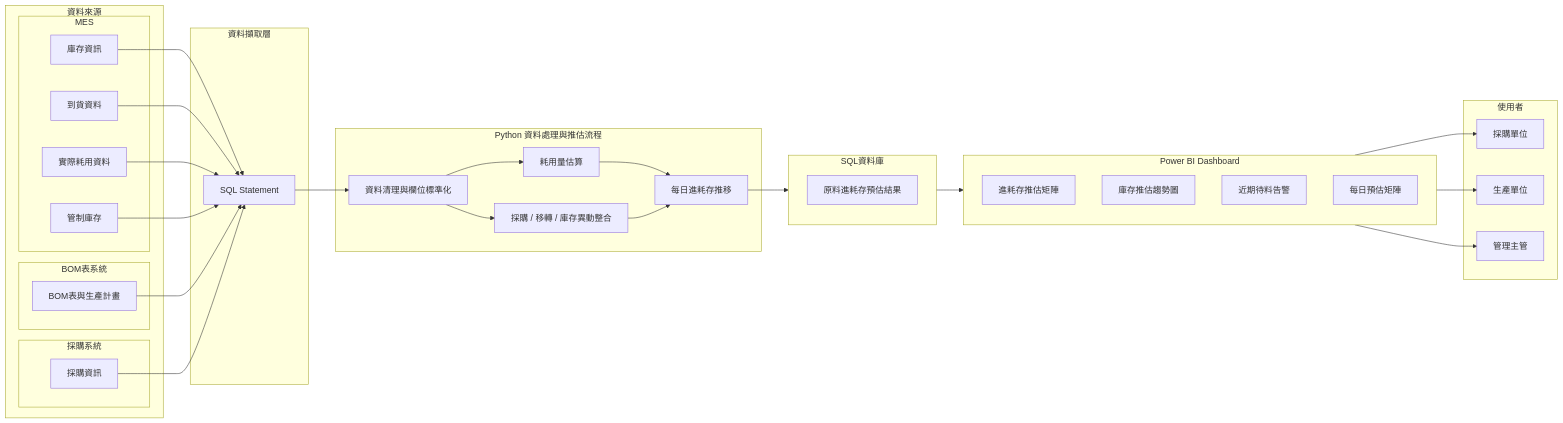
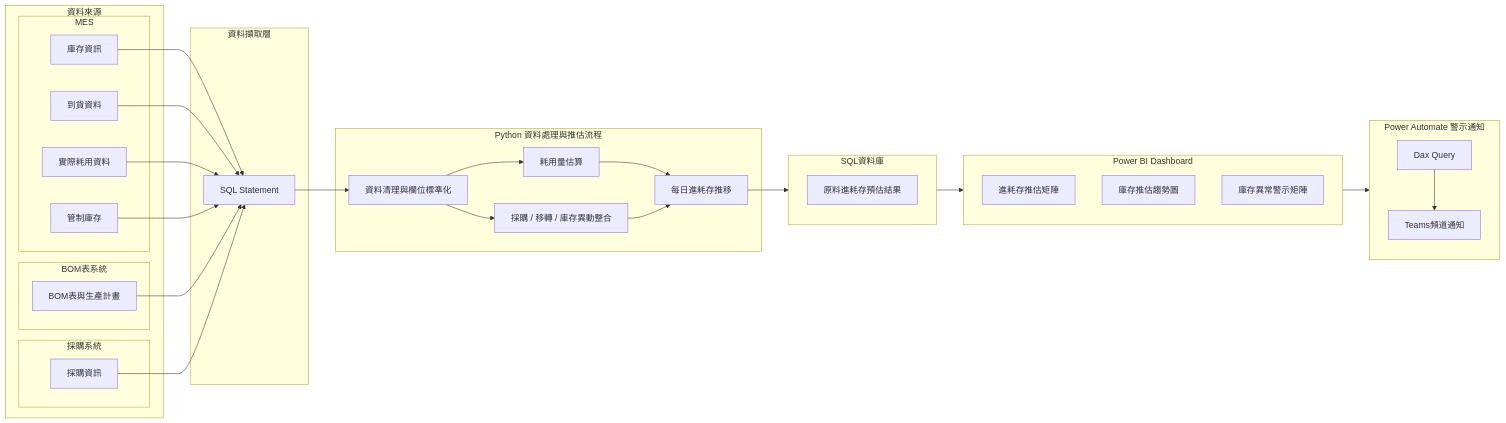
One commit to ChienChienChien/Material_Forecasting_System changed the diagram in README.md. Above: the diagram before and after it, drawn with Mermaid. The commit also changed other lines of this file and 5 other files, not shown here.

````diff
--- a/README.md
+++ b/README.md
@@ -43,64 +53,61 @@
 ```mermaid
 flowchart LR
     subgraph Source[資料來源]
         subgraph Source_MES[MES]
             A[庫存資訊]
             B[到貨資料]
             C[實際耗用資料]
             D[管制庫存]
         end
 
         subgraph Source_WAP[採購系統]
             A1[採購資訊]
         end
 
         subgraph Source_Bom[BOM表系統]
             E[BOM表與生產計畫]
         end   
     end
 
     subgraph Query[資料擷取層]
         F[SQL Statement]
     end
 
     subgraph Pipeline[Python 資料處理與推估流程]
         G[資料清理與欄位標準化]
         H[耗用量估算]
         I[採購 / 移轉 / 庫存異動整合]
         J[每日進耗存推移]
     end
 
     subgraph Output[SQL資料庫]
         L[原料進耗存預估結果]
     end
 
     subgraph BI[Power BI Dashboard]
         O[進耗存推估矩陣]
         P[庫存推估趨勢圖]
-        Q[近期待料告警]
-        R[每日預估矩陣]
+        Q[庫存異常警示矩陣]
     end
 
-    subgraph Users[使用者]
-        S[採購單位]
-        T[生產單位]
-        U[管理主管]
+    subgraph Power_Automate_Flow[Power Automate 警示通知]
+        S[Dax Query]
+        T[Teams頻道通知]
     end
 
     A --> F
     B --> F
     C --> F
     D --> F
     E --> F
     A1 --> F
     F --> G
     G --> H
     G --> I
     H --> J
     I --> J
     J --> Output
     Output --> BI
-    BI --> S
-    BI --> T
-    BI --> U
+    BI --> Power_Automate_Flow
+    S --> T
 ```
````
